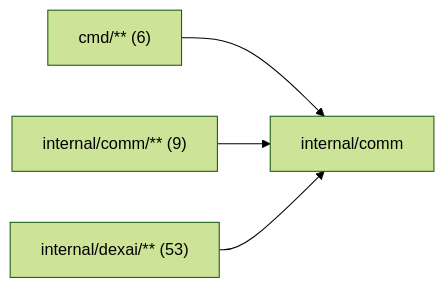
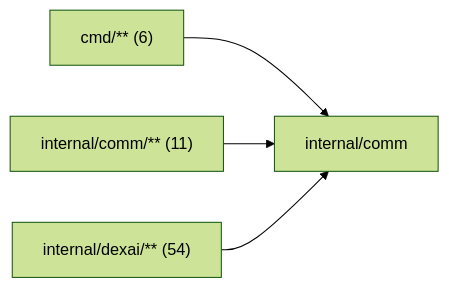
One commit to superdurable/superverse changed the diagram in internal/comm/README.md. Above: the diagram before and after it, drawn with Mermaid (forest theme). The commit also changed other lines of this file and 259 other files, not shown here.

````diff
--- a/internal/comm/README.md
+++ b/internal/comm/README.md
@@ -10,7 +10,7 @@
 ```mermaid
 flowchart LR
   self["internal/comm"]
   c0["cmd/** (6)"] --> self
-  c1["internal/comm/** (9)"] --> self
-  c2["internal/dexai/** (53)"] --> self
+  c1["internal/comm/** (11)"] --> self
+  c2["internal/dexai/** (54)"] --> self
 ```
````
